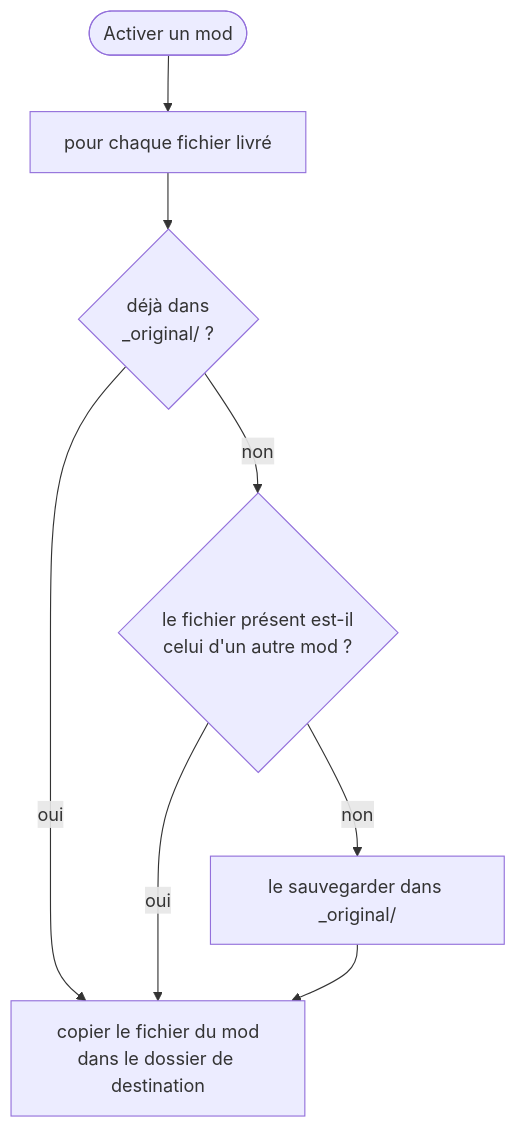
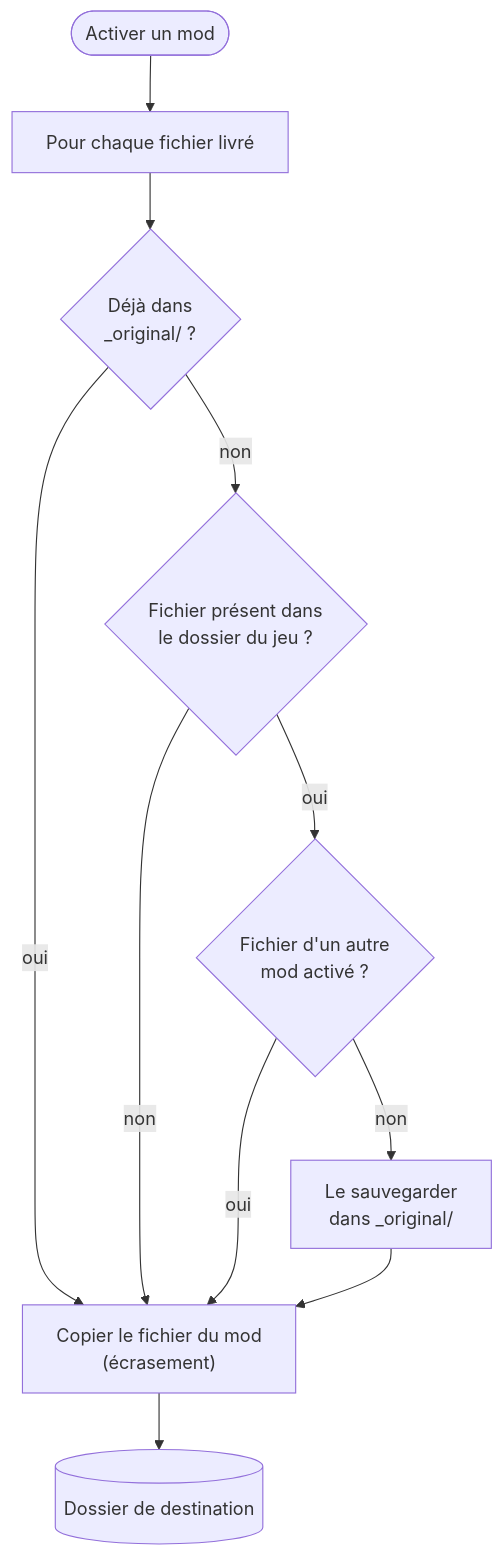
Before and after one commit to FreeProject089/BetterModsManager: the third of 4 diagrams in frontend/assets/docs/fr/how-it-works/conflicts.md, drawn with Mermaid. The commit also changed other lines of this file and 176 other files, not shown here.

````diff
--- a/frontend/assets/docs/fr/how-it-works/conflicts.md
+++ b/frontend/assets/docs/fr/how-it-works/conflicts.md
@@ -93,9 +98,13 @@
 ```mermaid
-flowchart TB
-    APPLY([Activer un mod]) --> EACH["pour chaque fichier livré"]
-    EACH --> HAVE{"déjà dans<br/>_original/ ?"}
-    HAVE -- oui --> COPY
-    HAVE -- non --> WHOSE{"le fichier présent est-il<br/>celui d'un autre mod ?"}
-    WHOSE -- oui --> COPY["copier le fichier du mod<br/>dans le dossier de destination"]
-    WHOSE -- non --> BK["le sauvegarder dans _original/"] --> COPY
+flowchart TD
+    APPLY(["Activer un mod"]) --> EACH["Pour chaque fichier livré"]
+    EACH --> HAVE{"Déjà dans<br/>_original/ ?"}
+    HAVE -- "non" --> THERE{"Fichier présent dans<br/>le dossier du jeu ?"}
+    THERE -- "oui" --> WHOSE{"Fichier d'un autre<br/>mod activé ?"}
+    WHOSE -- "non" --> BK["Le sauvegarder<br/>dans _original/"]
+    HAVE -- "oui" --> COPY["Copier le fichier du mod<br/>(écrasement)"]
+    THERE -- "non" --> COPY
+    WHOSE -- "oui" --> COPY
+    BK --> COPY
+    COPY --> GAME[("Dossier de destination")]
 ```
````
